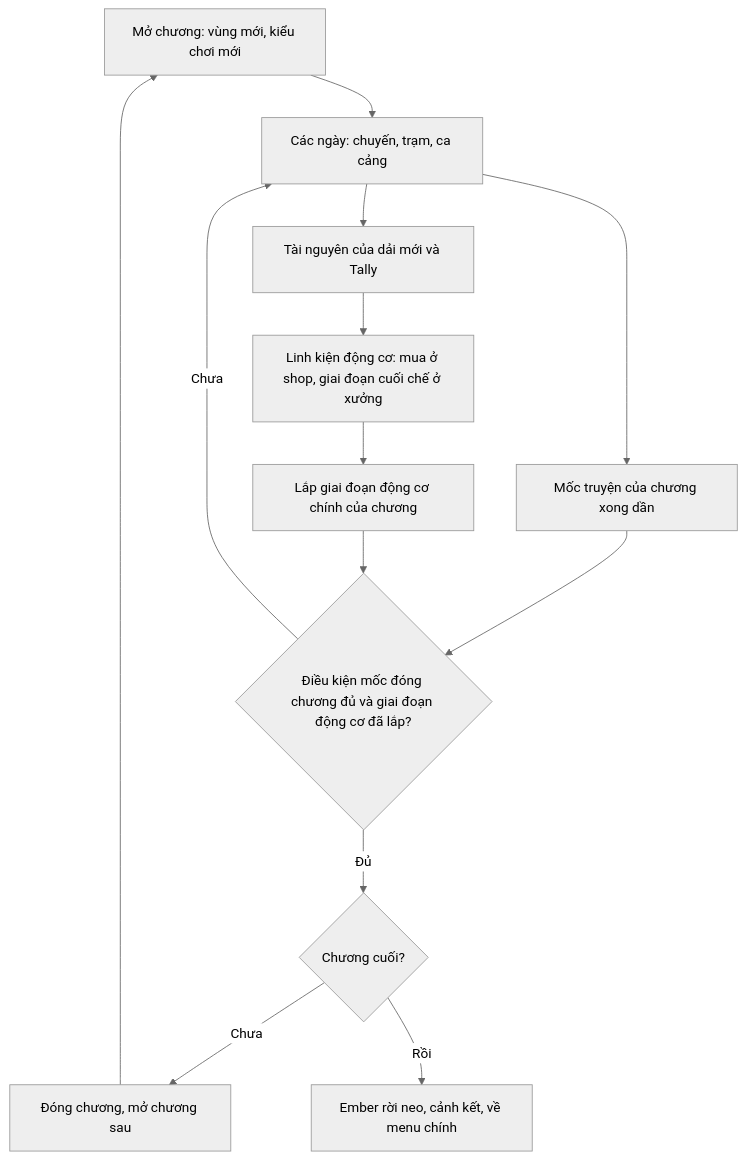
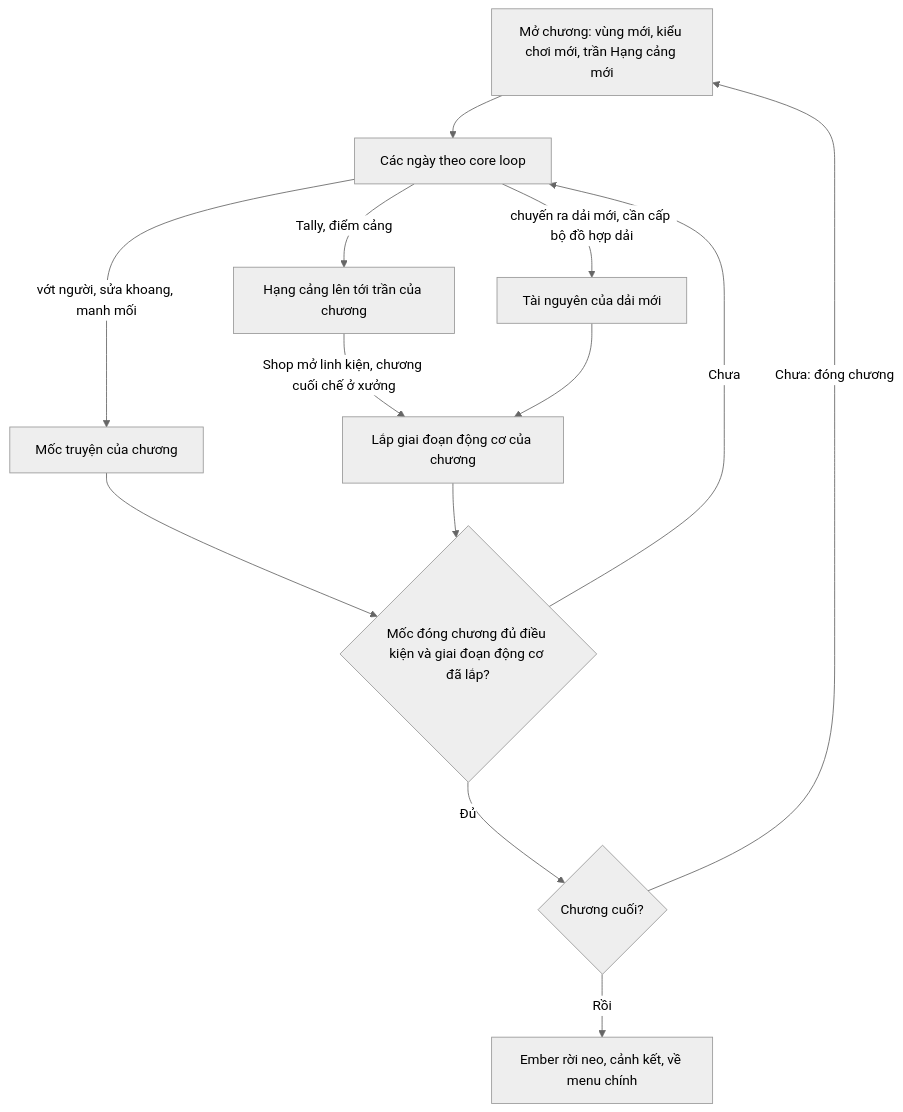
One commit to huycv18/DATN-SP27 changed the fourth of 4 diagrams in projects/game-moi/book/phan-2/01-mot-ngay.md. Above: the diagram before and after it, drawn with Mermaid (neutral theme). The commit also changed other lines of this file and 1 other file, not shown here.

Commit message:
Viết lại 3 sơ đồ core loop, toàn ca cảng, vòng chương: nhãn dòng tài nguyên trên mũi tên, nút quyết định của người chơi (lấy thêm hay về, lập danh mục, việc nào trước), cổng chương qua Hạng cảng trần chương, bỏ cổng động cơ khỏi core loop

````diff
--- a/projects/game-moi/book/phan-2/01-mot-ngay.md
+++ b/projects/game-moi/book/phan-2/01-mot-ngay.md
@@ -173,15 +171,15 @@
 ```mermaid
 flowchart TD
-  A["Mở chương: vùng mới, kiểu chơi mới"] --> B["Các ngày: chuyến, trạm, ca cảng"]
-  B --> C["Mốc truyện của chương xong dần"]
-  B --> D["Tài nguyên của dải mới và Tally"]
-  D --> E["Linh kiện động cơ: mua ở shop, giai đoạn cuối chế ở xưởng"]
-  E --> F["Lắp giai đoạn động cơ chính của chương"]
-  C --> G{"Điều kiện mốc đóng chương đủ và giai đoạn động cơ đã lắp?"}
+  A["Mở chương: vùng mới, kiểu chơi mới, trần Hạng cảng mới"] --> B["Các ngày theo core loop"]
+  B -->|"vớt người, sửa khoang, manh mối"| C["Mốc truyện của chương"]
+  B -->|"Tally, điểm cảng"| D["Hạng cảng lên tới trần của chương"]
+  B -->|"chuyến ra dải mới, cần cấp bộ đồ hợp dải"| E["Tài nguyên của dải mới"]
+  D -->|"Shop mở linh kiện, chương cuối chế ở xưởng"| F["Lắp giai đoạn động cơ của chương"]
+  E --> F
+  C --> G{"Mốc đóng chương đủ điều kiện và giai đoạn động cơ đã lắp?"}
   F --> G
   G -->|"Chưa"| B
   G -->|"Đủ"| H{"Chương cuối?"}
-  H -->|"Chưa"| I["Đóng chương, mở chương sau"]
-  I --> A
-  H -->|"Rồi"| J["Ember rời neo, cảnh kết, về menu chính"]
+  H -->|"Chưa: đóng chương"| A
+  H -->|"Rồi"| I["Ember rời neo, cảnh kết, về menu chính"]
 ```
````
